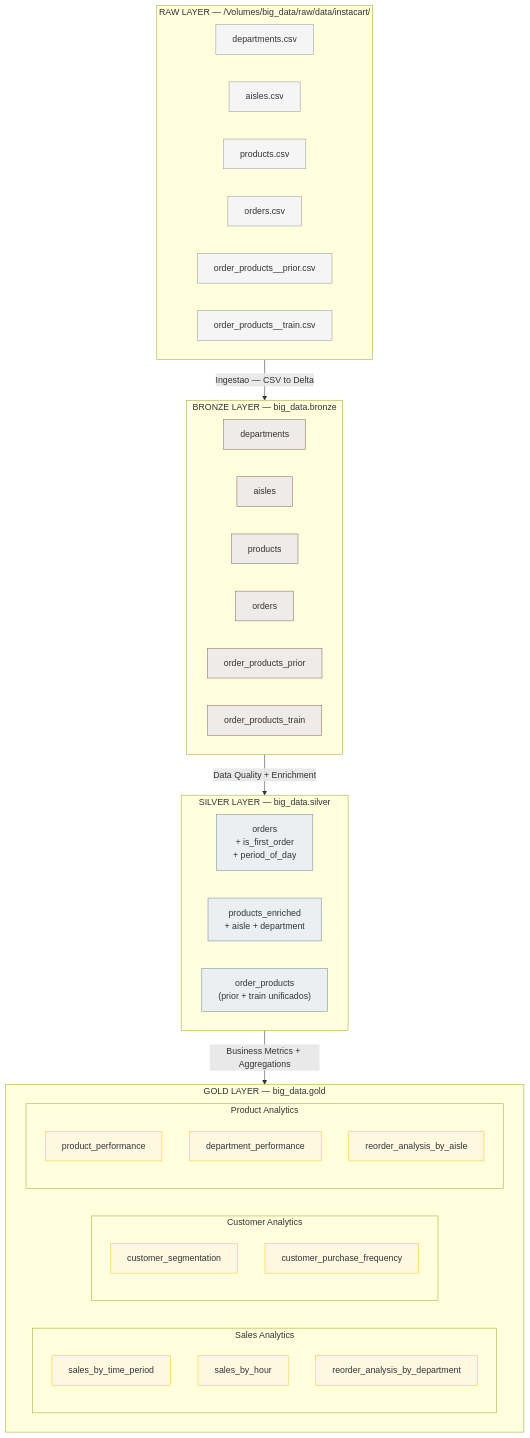
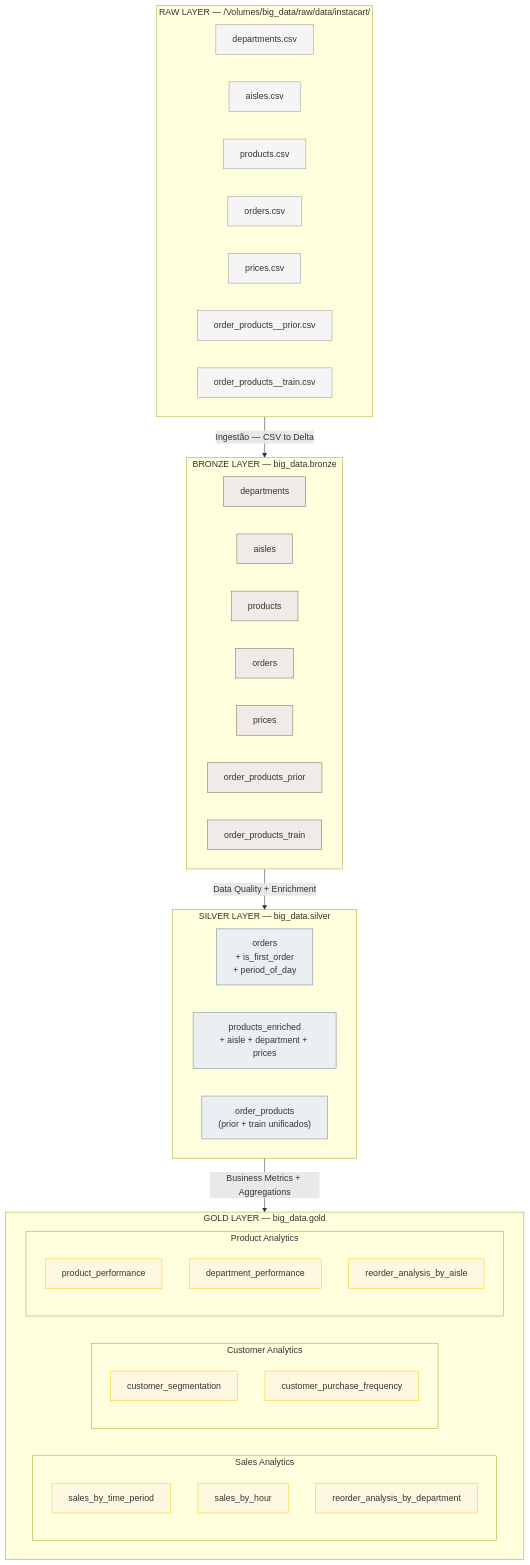
The diagram in docs/arquitetura.md (Kal-0/credit_card_fraud_detection), drawn with Mermaid before and after one commit. The commit also changed other lines of this file and 2 other files, not shown here.

Commit message:
adjusting docs and diagram

````diff
--- a/docs/arquitetura.md
+++ b/docs/arquitetura.md
@@ -73,57 +73,59 @@
 ```mermaid
 flowchart TD
 
 classDef raw fill:#f5f5f5,stroke:#9e9e9e,stroke-width:1px;
 classDef bronze fill:#efebe9,stroke:#8d6e63,stroke-width:1px;
 classDef silver fill:#eceff1,stroke:#78909c,stroke-width:1px;
 classDef gold fill:#fff8e1,stroke:#ffca28,stroke-width:1px;
 
 subgraph RAW["RAW LAYER — /Volumes/big_data/raw/data/instacart/"]
-    direction LR
-    R1["departments.csv"]:::raw
-    R2["aisles.csv"]:::raw
-    R3["products.csv"]:::raw
-    R4["orders.csv"]:::raw
-    R5["order_products__prior.csv"]:::raw
-    R6["order_products__train.csv"]:::raw
+        direction LR
+        R1["departments.csv"]:::raw
+        R2["aisles.csv"]:::raw
+        R3["products.csv"]:::raw
+        R4["orders.csv"]:::raw
+        R5["prices.csv"]:::raw
+        R6["order_products__prior.csv"]:::raw
+        R7["order_products__train.csv"]:::raw
 end
 
 subgraph BRONZE["BRONZE LAYER — big_data.bronze"]
-    direction LR
-    B1["departments"]:::bronze
-    B2["aisles"]:::bronze
-    B3["products"]:::bronze
-    B4["orders"]:::bronze
-    B5["order_products_prior"]:::bronze
-    B6["order_products_train"]:::bronze
+        direction LR
+        B1["departments"]:::bronze
+        B2["aisles"]:::bronze
+        B3["products"]:::bronze
+        B4["orders"]:::bronze
+        B5["prices"]:::bronze
+        B6["order_products_prior"]:::bronze
+        B7["order_products_train"]:::bronze
 end
 
 subgraph SILVER["SILVER LAYER — big_data.silver"]
-    direction LR
-    S1["orders\n+ is_first_order\n+ period_of_day"]:::silver
-    S2["products_enriched\n+ aisle + department"]:::silver
-    S3["order_products\n(prior + train unificados)"]:::silver
+        direction LR
+        S1["orders\n+ is_first_order\n+ period_of_day"]:::silver
+        S2["products_enriched\n+ aisle + department + prices"]:::silver
+        S3["order_products\n(prior + train unificados)"]:::silver
 end
 
 subgraph GOLD["GOLD LAYER — big_data.gold"]
-    direction LR
-    subgraph SALES["Sales Analytics"]
-        G1["sales_by_time_period"]:::gold
-        G2["sales_by_hour"]:::gold
-        G3["reorder_analysis_by_department"]:::gold
-    end
-    subgraph CUSTOMER["Customer Analytics"]
-        G4["customer_segmentation"]:::gold
-        G5["customer_purchase_frequency"]:::gold
-    end
-    subgraph PRODUCT["Product Analytics"]
-        G6["product_performance"]:::gold
-        G7["department_performance"]:::gold
-        G8["reorder_analysis_by_aisle"]:::gold
-    end
+        direction LR
+        subgraph SALES["Sales Analytics"]
+                G1["sales_by_time_period"]:::gold
+                G2["sales_by_hour"]:::gold
+                G3["reorder_analysis_by_department"]:::gold
+        end
+        subgraph CUSTOMER["Customer Analytics"]
+                G4["customer_segmentation"]:::gold
+                G5["customer_purchase_frequency"]:::gold
+        end
+        subgraph PRODUCT["Product Analytics"]
+                G6["product_performance"]:::gold
+                G7["department_performance"]:::gold
+                G8["reorder_analysis_by_aisle"]:::gold
+        end
 end
 
-RAW -->|"Ingestao — CSV to Delta"| BRONZE
+RAW -->|"Ingestão — CSV to Delta"| BRONZE
 BRONZE -->|"Data Quality + Enrichment"| SILVER
 SILVER -->|"Business Metrics + Aggregations"| GOLD
 ```
````
